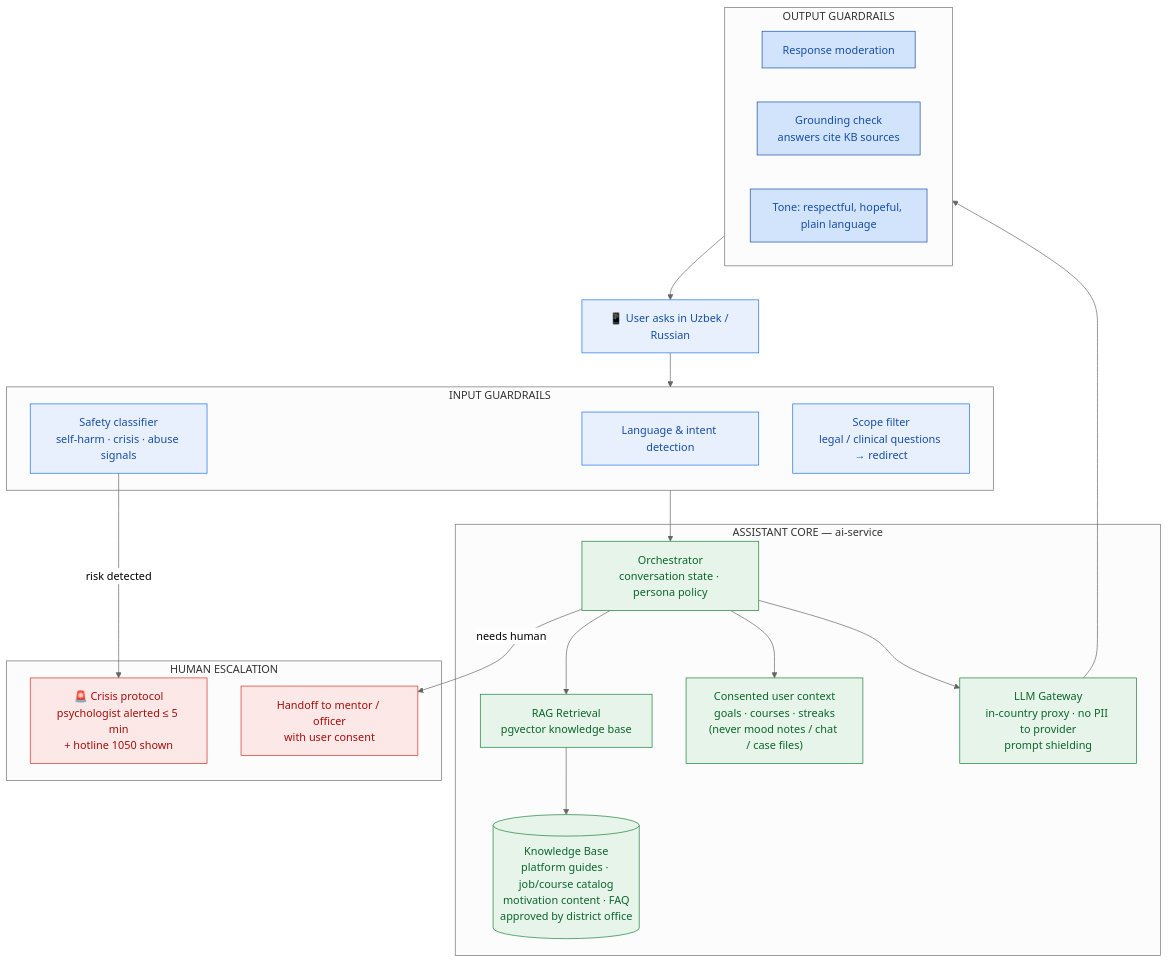
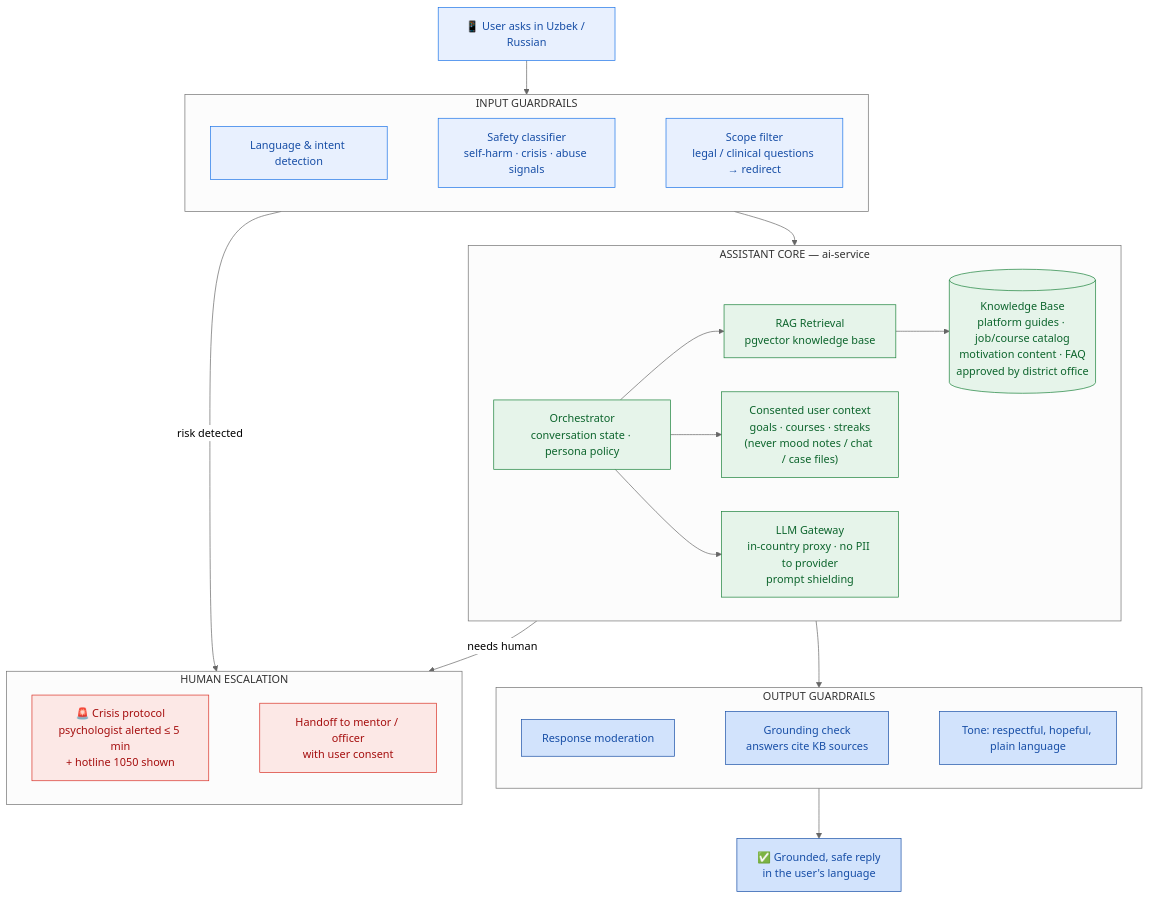
Before and after one commit to baxtbekjumayev74-byte/Yangi-hayot: the first of 5 diagrams in docs/05-platform-services.md, drawn with Mermaid (neutral theme). The commit also changed other lines of this file and 5 other files, not shown here.

First line of the commit message:
Refine diagram layouts for presentation rendering

````diff
--- a/docs/05-platform-services.md
+++ b/docs/05-platform-services.md
@@ -13,45 +13,44 @@
 ```mermaid
 flowchart TB
     U["📱 User asks in Uzbek / Russian"]
 
     subgraph GUARD_IN["INPUT GUARDRAILS"]
-        LANG["Language & intent detection"]
-        SAFE["Safety classifier<br/>self-harm · crisis · abuse signals"]
-        SCOPE["Scope filter<br/>legal / clinical questions → redirect"]
+        direction LR
+        LANG["Language & intent detection"] ~~~ SAFE["Safety classifier<br/>self-harm · crisis · abuse signals"] ~~~ SCOPE["Scope filter<br/>legal / clinical questions → redirect"]
     end
 
     subgraph CORE["ASSISTANT CORE — ai-service"]
+        direction LR
         ORCH["Orchestrator<br/>conversation state · persona policy"]
         RAG["RAG Retrieval<br/>pgvector knowledge base"]
         KB[("Knowledge Base<br/>platform guides · job/course catalog<br/>motivation content · FAQ<br/>approved by district office")]
         CTX["Consented user context<br/>goals · courses · streaks<br/>(never mood notes / chat / case files)"]
         LLM["LLM Gateway<br/>in-country proxy · no PII to provider<br/>prompt shielding"]
     end
 
     subgraph GUARD_OUT["OUTPUT GUARDRAILS"]
-        MOD["Response moderation"]
-        CITE["Grounding check<br/>answers cite KB sources"]
-        TONE["Tone: respectful, hopeful, plain language"]
+        direction LR
+        MOD["Response moderation"] ~~~ CITE["Grounding check<br/>answers cite KB sources"] ~~~ TONE["Tone: respectful, hopeful, plain language"]
     end
 
     subgraph ESC["HUMAN ESCALATION"]
-        CRISIS["🚨 Crisis protocol<br/>psychologist alerted ≤ 5 min<br/>+ hotline 1050 shown"]
-        HAND["Handoff to mentor / officer<br/>with user consent"]
+        direction LR
+        CRISIS["🚨 Crisis protocol<br/>psychologist alerted ≤ 5 min<br/>+ hotline 1050 shown"] ~~~ HAND["Handoff to mentor / officer<br/>with user consent"]
     end
 
     U --> GUARD_IN --> ORCH
     ORCH --> RAG --> KB
     ORCH --> CTX
-    ORCH --> LLM --> GUARD_OUT --> U
+    ORCH --> LLM --> GUARD_OUT --> REPLY["✅ Grounded, safe reply<br/>in the user's language"]
     SAFE -->|"risk detected"| CRISIS
     ORCH -->|"needs human"| HAND
 
     classDef in fill:#e8f0fe,stroke:#1a73e8,color:#174ea6
     classDef core fill:#e6f4ea,stroke:#188038,color:#0d652d
     classDef out fill:#d2e3fc,stroke:#174ea6,color:#174ea6
     classDef esc fill:#fce8e6,stroke:#d93025,color:#a50e0e
     class U,LANG,SAFE,SCOPE in
     class ORCH,RAG,KB,CTX,LLM core
-    class MOD,CITE,TONE out
+    class MOD,CITE,TONE,REPLY out
     class CRISIS,HAND esc
 ```
````
